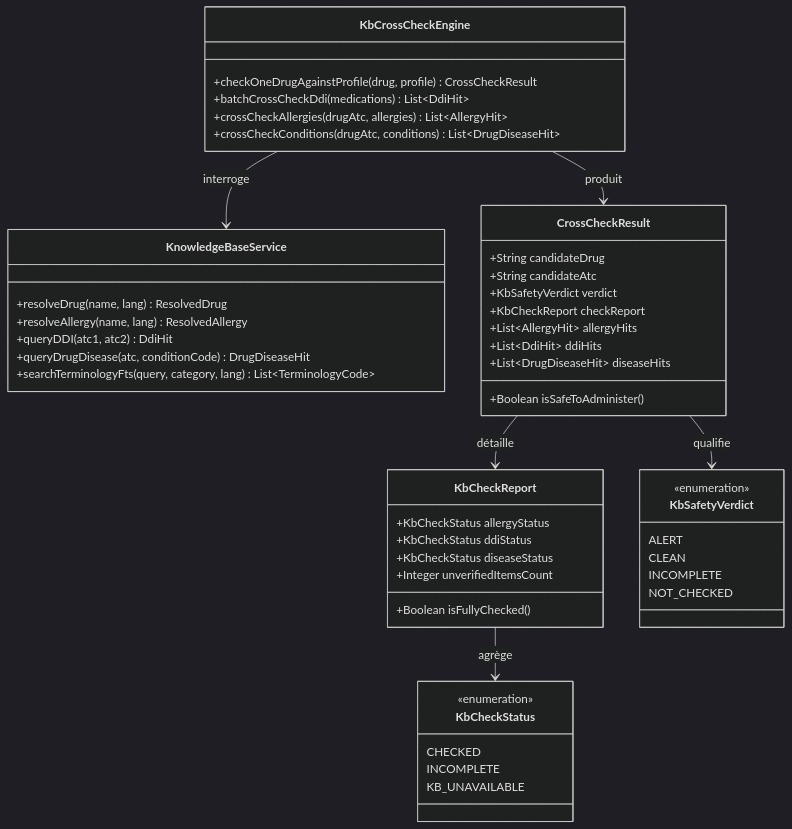
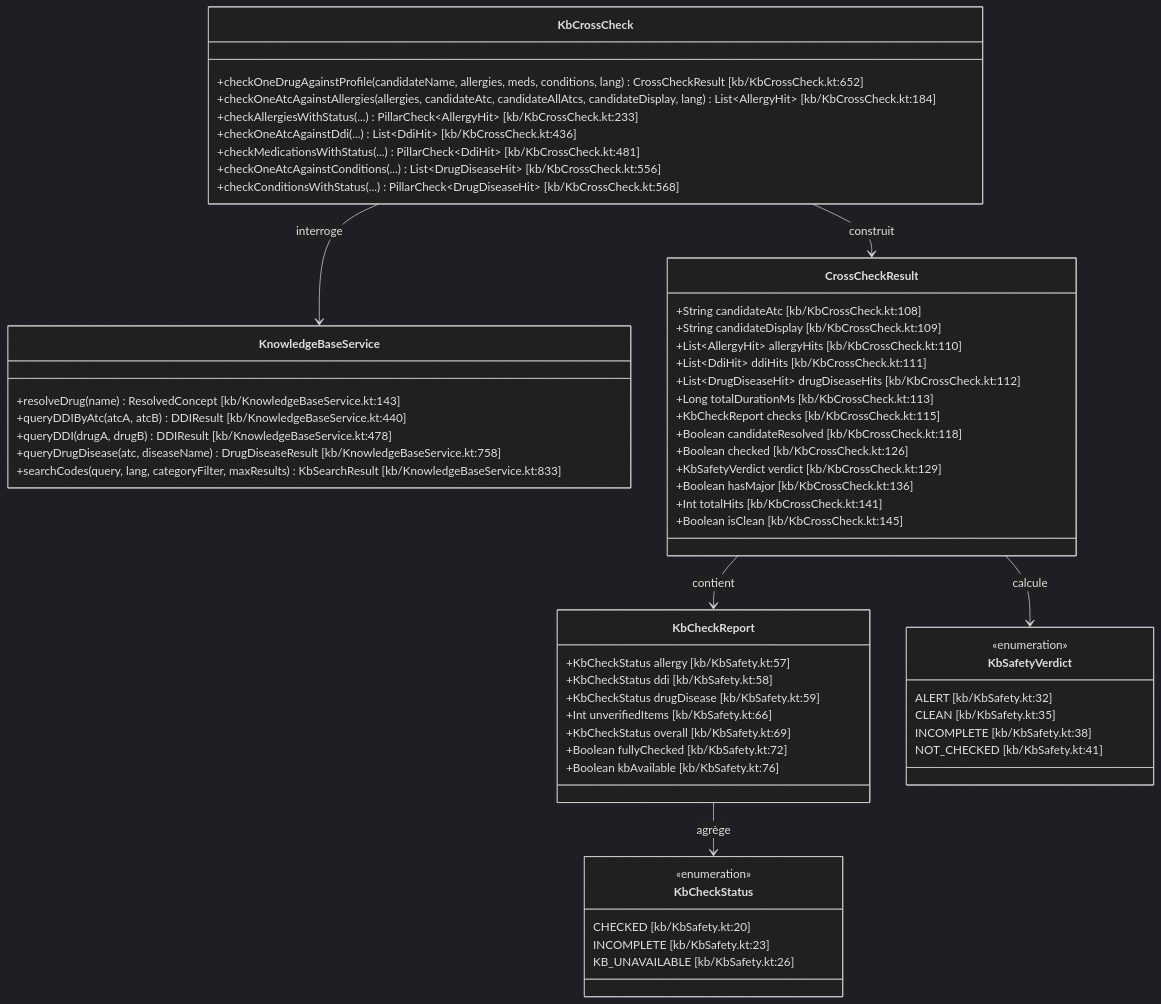
Before and after one commit to kurodohenroonsen/JemmaPass: the sixth of 21 diagrams in docs/DOCUMENTATION_UML_FONCTIONNELLE.md, drawn with Mermaid (dark theme). The commit also changed other lines of this file and 1 other file, not shown here.

First line of the commit message:
docs: correct UML documentation and iOS specifications against codebase reality

````diff
--- a/docs/DOCUMENTATION_UML_FONCTIONNELLE.md
+++ b/docs/DOCUMENTATION_UML_FONCTIONNELLE.md
@@ -283,57 +328,67 @@
 ```mermaid
 classDiagram
     class KnowledgeBaseService {
-        +resolveDrug(name, lang) ResolvedDrug
-        +resolveAllergy(name, lang) ResolvedAllergy
-        +queryDDI(atc1, atc2) DdiHit
-        +queryDrugDisease(atc, conditionCode) DrugDiseaseHit
-        +searchTerminologyFts(query, category, lang) List~TerminologyCode~
+        +resolveDrug(name) ResolvedConcept [kb/KnowledgeBaseService.kt:143]
+        +queryDDIByAtc(atcA, atcB) DDIResult [kb/KnowledgeBaseService.kt:440]
+        +queryDDI(drugA, drugB) DDIResult [kb/KnowledgeBaseService.kt:478]
+        +queryDrugDisease(atc, diseaseName) DrugDiseaseResult [kb/KnowledgeBaseService.kt:758]
+        +searchCodes(query, lang, categoryFilter, maxResults) KbSearchResult [kb/KnowledgeBaseService.kt:833]
     }
 
-    class KbCrossCheckEngine {
-        +checkOneDrugAgainstProfile(drug, profile) CrossCheckResult
-        +batchCrossCheckDdi(medications) List~DdiHit~
-        +crossCheckAllergies(drugAtc, allergies) List~AllergyHit~
-        +crossCheckConditions(drugAtc, conditions) List~DrugDiseaseHit~
+    class KbCrossCheck {
+        +checkOneDrugAgainstProfile(candidateName, allergies, meds, conditions, lang) CrossCheckResult [kb/KbCrossCheck.kt:652]
+        +checkOneAtcAgainstAllergies(allergies, candidateAtc, candidateAllAtcs, candidateDisplay, lang) List~AllergyHit~ [kb/KbCrossCheck.kt:184]
+        +checkAllergiesWithStatus(...) PillarCheck~AllergyHit~ [kb/KbCrossCheck.kt:233]
+        +checkOneAtcAgainstDdi(...) List~DdiHit~ [kb/KbCrossCheck.kt:436]
+        +checkMedicationsWithStatus(...) PillarCheck~DdiHit~ [kb/KbCrossCheck.kt:481]
+        +checkOneAtcAgainstConditions(...) List~DrugDiseaseHit~ [kb/KbCrossCheck.kt:556]
+        +checkConditionsWithStatus(...) PillarCheck~DrugDiseaseHit~ [kb/KbCrossCheck.kt:568]
     }
 
     class CrossCheckResult {
-        +String candidateDrug
-        +String candidateAtc
-        +KbSafetyVerdict verdict
-        +KbCheckReport checkReport
-        +List~AllergyHit~ allergyHits
-        +List~DdiHit~ ddiHits
-        +List~DrugDiseaseHit~ diseaseHits
-        +Boolean isSafeToAdminister()
+        +String candidateAtc [kb/KbCrossCheck.kt:108]
+        +String candidateDisplay [kb/KbCrossCheck.kt:109]
+        +List~AllergyHit~ allergyHits [kb/KbCrossCheck.kt:110]
+        +List~DdiHit~ ddiHits [kb/KbCrossCheck.kt:111]
+        +List~DrugDiseaseHit~ drugDiseaseHits [kb/KbCrossCheck.kt:112]
+        +Long totalDurationMs [kb/KbCrossCheck.kt:113]
+        +KbCheckReport checks [kb/KbCrossCheck.kt:115]
+        +Boolean candidateResolved [kb/KbCrossCheck.kt:118]
+        +Boolean checked [kb/KbCrossCheck.kt:126]
+        +KbSafetyVerdict verdict [kb/KbCrossCheck.kt:129]
+        +Boolean hasMajor [kb/KbCrossCheck.kt:136]
+        +Int totalHits [kb/KbCrossCheck.kt:141]
+        +Boolean isClean [kb/KbCrossCheck.kt:145]
     }
 
     class KbCheckReport {
-        +KbCheckStatus allergyStatus
-        +KbCheckStatus ddiStatus
-        +KbCheckStatus diseaseStatus
-        +Integer unverifiedItemsCount
-        +Boolean isFullyChecked()
+        +KbCheckStatus allergy [kb/KbSafety.kt:57]
+        +KbCheckStatus ddi [kb/KbSafety.kt:58]
+        +KbCheckStatus drugDisease [kb/KbSafety.kt:59]
+        +Int unverifiedItems [kb/KbSafety.kt:66]
+        +KbCheckStatus overall [kb/KbSafety.kt:69]
+        +Boolean fullyChecked [kb/KbSafety.kt:72]
+        +Boolean kbAvailable [kb/KbSafety.kt:76]
     }
 
     class KbSafetyVerdict {
         <<enumeration>>
-        ALERT
-        CLEAN
-        INCOMPLETE
-        NOT_CHECKED
+        ALERT [kb/KbSafety.kt:32]
+        CLEAN [kb/KbSafety.kt:35]
+        INCOMPLETE [kb/KbSafety.kt:38]
+        NOT_CHECKED [kb/KbSafety.kt:41]
     }
 
     class KbCheckStatus {
         <<enumeration>>
-        CHECKED
-        INCOMPLETE
-        KB_UNAVAILABLE
+        CHECKED [kb/KbSafety.kt:20]
+        INCOMPLETE [kb/KbSafety.kt:23]
+        KB_UNAVAILABLE [kb/KbSafety.kt:26]
     }
 
-    KbCrossCheckEngine --> KnowledgeBaseService : interroge
-    KbCrossCheckEngine --> CrossCheckResult : produit
-    CrossCheckResult --> KbSafetyVerdict : qualifie
-    CrossCheckResult --> KbCheckReport : détaille
+    KbCrossCheck --> KnowledgeBaseService : interroge
+    KbCrossCheck --> CrossCheckResult : construit
+    CrossCheckResult --> KbSafetyVerdict : calcule
+    CrossCheckResult --> KbCheckReport : contient
     KbCheckReport --> KbCheckStatus : agrège
 ```
````
